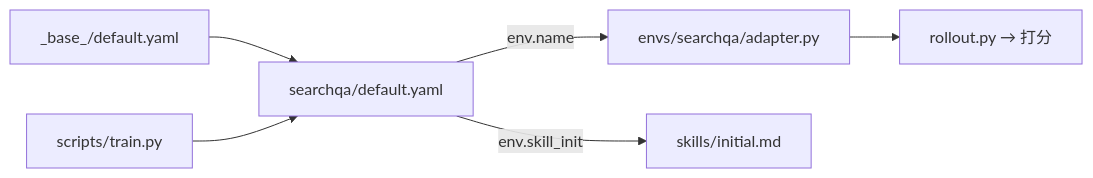
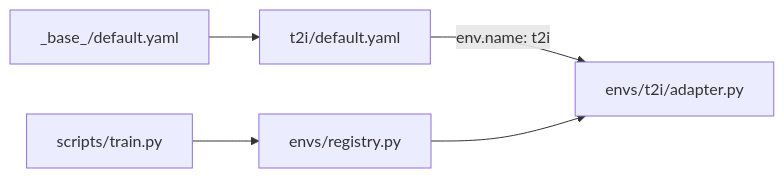
The second of 2 diagrams in README.md (kuailefengnan2024/prompt-opt), drawn with Mermaid before and after one commit. The commit also changed other lines of this file and 1 other file, not shown here.

````diff
--- a/README.md
+++ b/README.md
@@ -114,8 +108,7 @@
 ```mermaid
 flowchart LR
-    base["_base_/default.yaml"] --> cfg["searchqa/default.yaml"]
-    cfg -->|"env.name"| adapter["envs/searchqa/adapter.py"]
-    adapter --> rollout["rollout.py → 打分"]
-    cfg -->|"env.skill_init"| skill["skills/initial.md"]
-    train["scripts/train.py"] --> cfg
+    base["_base_/default.yaml"] --> cfg["t2i/default.yaml"]
+    cfg -->|"env.name: t2i"| adapter["envs/t2i/adapter.py"]
+    registry["envs/registry.py"] --> adapter
+    train["scripts/train.py"] --> registry
 ```
````
